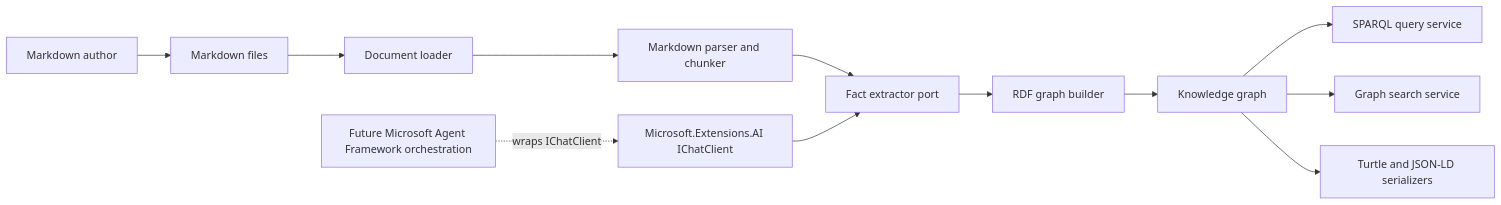
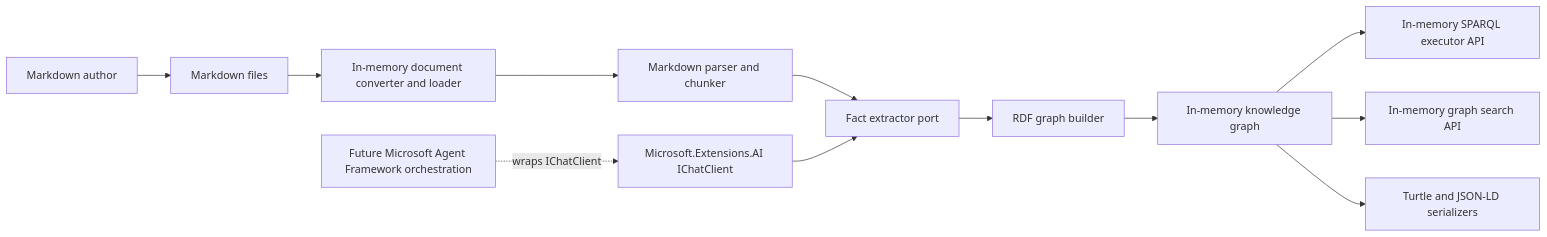
Before and after one commit to managedcode/markdown-ld-kb: the first of 3 diagrams in docs/Architecture.md, drawn with Mermaid. The commit also changed other lines of this file and 43 other files, not shown here.

````diff
--- a/docs/Architecture.md
+++ b/docs/Architecture.md
@@ -13,14 +17,14 @@
 ```mermaid
 flowchart LR
     Author["Markdown author"] --> MarkdownFiles["Markdown files"]
-    MarkdownFiles --> Loader["Document loader"]
+    MarkdownFiles --> Loader["In-memory document converter and loader"]
     Loader --> Parser["Markdown parser and chunker"]
     Parser --> Extractor["Fact extractor port"]
     Extractor --> Builder["RDF graph builder"]
-    Builder --> Graph["Knowledge graph"]
-    Graph --> Sparql["SPARQL query service"]
-    Graph --> Search["Graph search service"]
+    Builder --> Graph["In-memory knowledge graph"]
+    Graph --> Sparql["In-memory SPARQL executor API"]
+    Graph --> Search["In-memory graph search API"]
     Graph --> Serializers["Turtle and JSON-LD serializers"]
     IChatClient["Microsoft.Extensions.AI IChatClient"] --> Extractor
     AgentFramework["Future Microsoft Agent Framework orchestration"] -. "wraps IChatClient" .-> IChatClient
 ```
````
